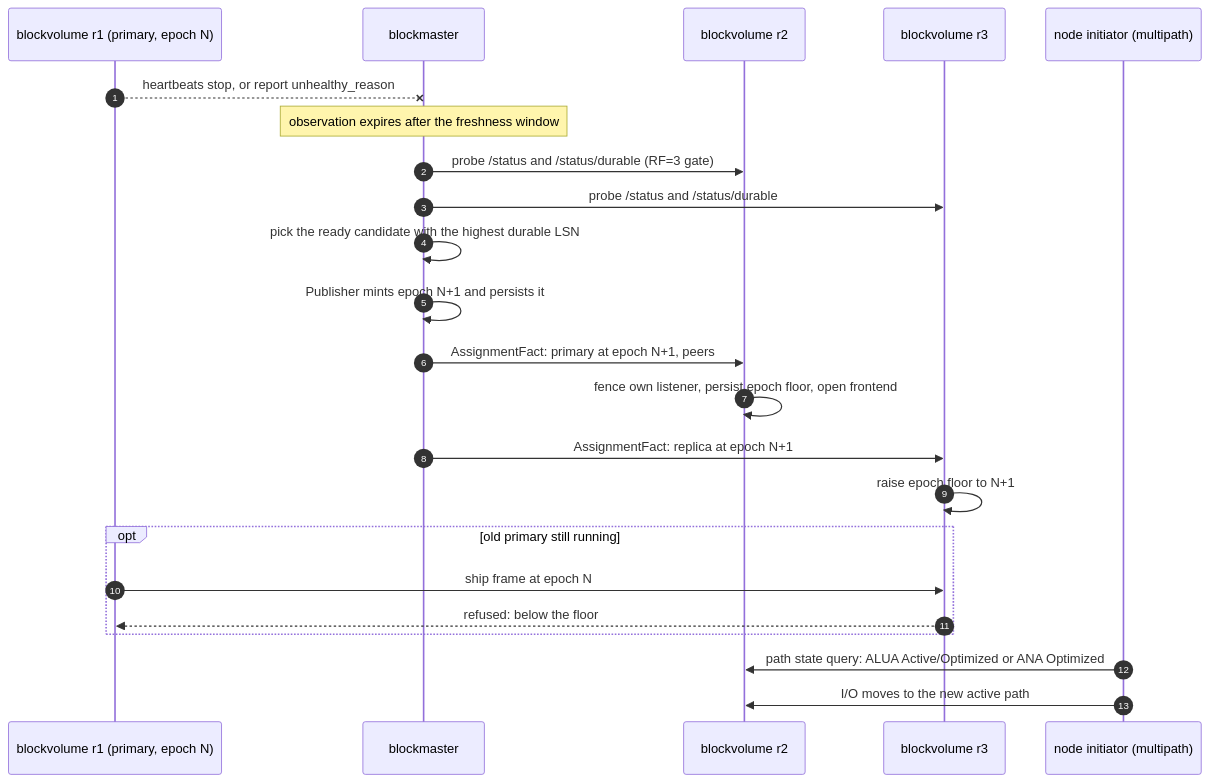
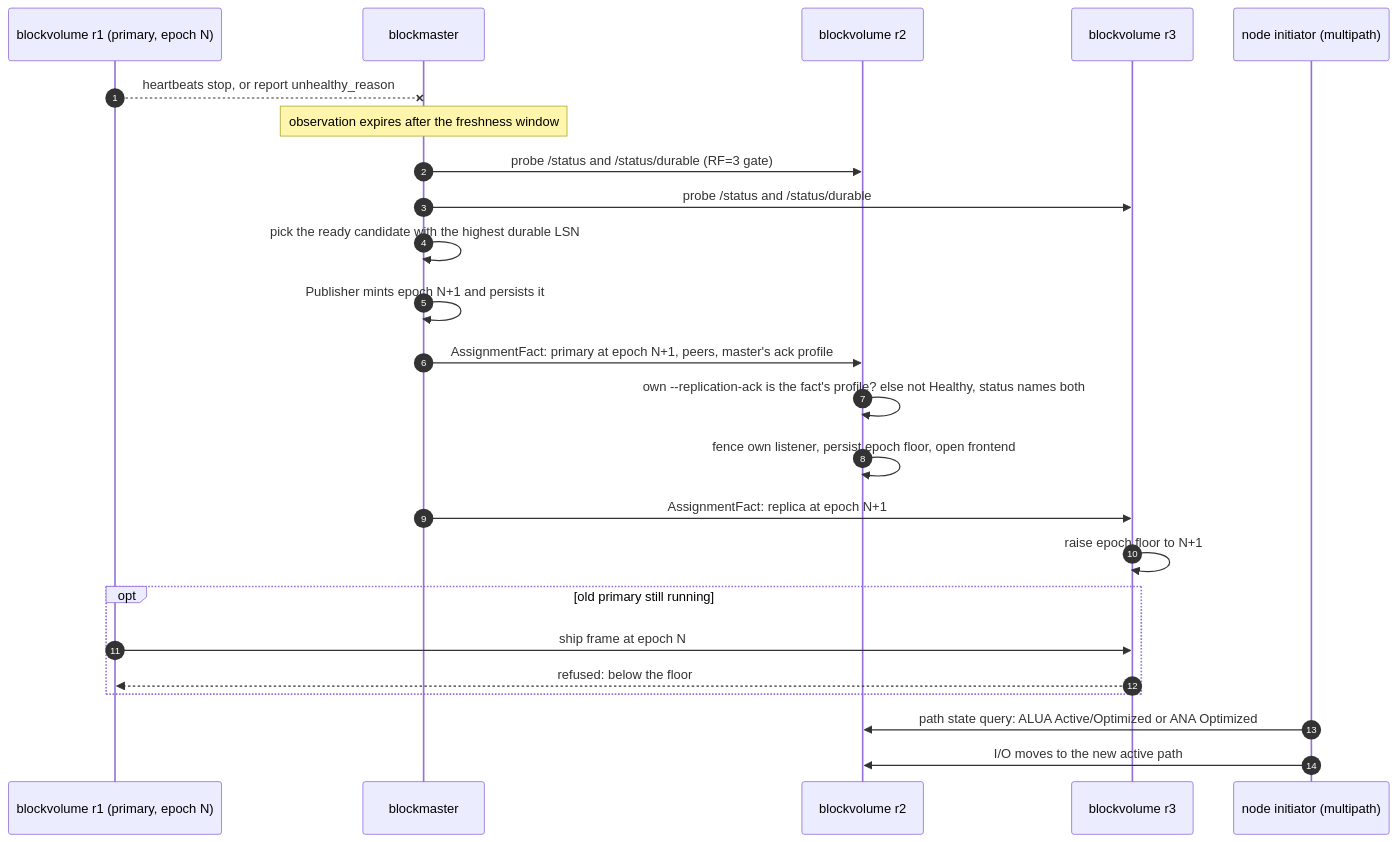
The third of 5 diagrams in docs/design/kubernetes-block-design.md (seaweedfs/seaweed-block), drawn with Mermaid before and after one commit. The commit also changed 2 other files, not shown here.

Commit message:
fix(volume): name the ack profile refusal ahead of the backend's reason
The refusal is read once and named first, since it is also why the
durable backend refuses. invariants.md M1 Recovering -> Serving and the
Kubernetes failover diagram carry the primary's profile check.

````diff
--- a/docs/design/kubernetes-block-design.md
+++ b/docs/design/kubernetes-block-design.md
@@ -150,25 +150,26 @@
 ```mermaid
 sequenceDiagram
   autonumber
   participant P1 as blockvolume r1 (primary, epoch N)
   participant M as blockmaster
   participant R2 as blockvolume r2
   participant R3 as blockvolume r3
   participant H as node initiator (multipath)
   P1--xM: heartbeats stop, or report unhealthy_reason
   Note over M: observation expires after the freshness window
   M->>R2: probe /status and /status/durable (RF=3 gate)
   M->>R3: probe /status and /status/durable
   M->>M: pick the ready candidate with the highest durable LSN
   M->>M: Publisher mints epoch N+1 and persists it
-  M->>R2: AssignmentFact: primary at epoch N+1, peers
+  M->>R2: AssignmentFact: primary at epoch N+1, peers, master's ack profile
+  R2->>R2: own --replication-ack is the fact's profile? else not Healthy, status names both
   R2->>R2: fence own listener, persist epoch floor, open frontend
   M->>R3: AssignmentFact: replica at epoch N+1
   R3->>R3: raise epoch floor to N+1
   opt old primary still running
     P1->>R3: ship frame at epoch N
     R3-->>P1: refused: below the floor
   end
   H->>R2: path state query: ALUA Active/Optimized or ANA Optimized
   H->>R2: I/O moves to the new active path
 ```
````
